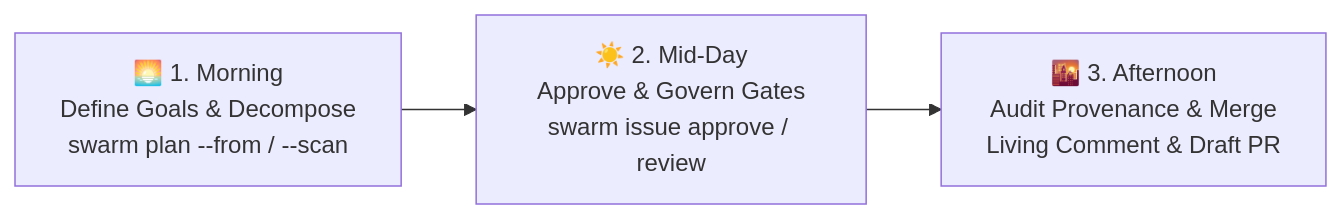
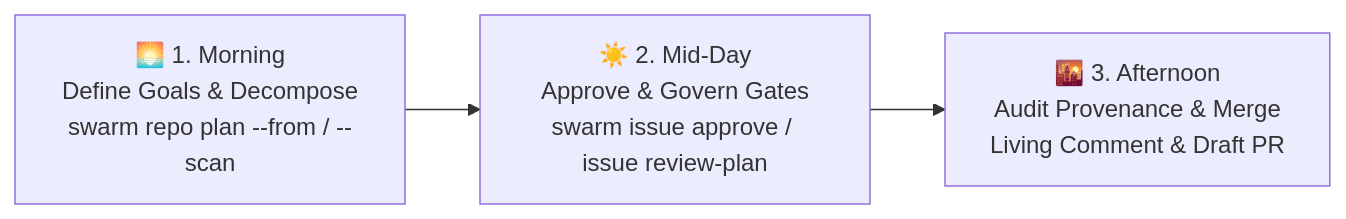
The diagram in docs/ADMIN_GUIDE.md (supernovae/SwarmOS), drawn with Mermaid before and after one commit. The commit also changed other lines of this file and 65 other files, not shown here.

````diff
--- a/docs/ADMIN_GUIDE.md
+++ b/docs/ADMIN_GUIDE.md
@@ -5,5 +5,5 @@
 ```mermaid
 flowchart LR
-    Morning["🌅 1. Morning<br/>Define Goals & Decompose<br/>swarm plan --from / --scan"] --> Midday["☀️ 2. Mid-Day<br/>Approve & Govern Gates<br/>swarm issue approve / review"]
+    Morning["🌅 1. Morning<br/>Define Goals & Decompose<br/>swarm repo plan --from / --scan"] --> Midday["☀️ 2. Mid-Day<br/>Approve & Govern Gates<br/>swarm issue approve / issue review-plan"]
     Midday --> Afternoon["🌇 3. Afternoon<br/>Audit Provenance & Merge<br/>Living Comment & Draft PR"]
 ```
````
